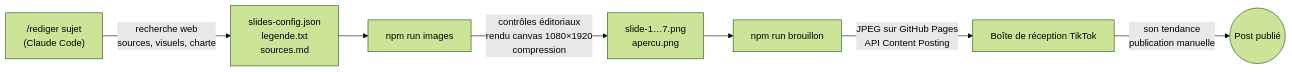
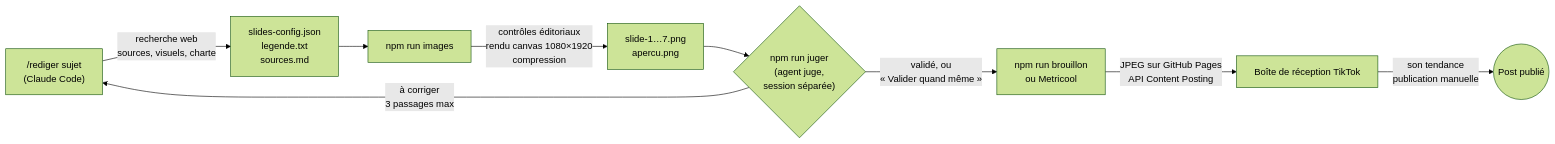
The diagram in README.md (ninondeque-arch/decrypte-marketing), drawn with Mermaid (forest theme) before and after one commit. The commit also changed other lines of this file and 19 other files, not shown here.

First line of the commit message:
Agent juge : relecture indépendante de chaque carrousel

````diff
--- a/README.md
+++ b/README.md
@@ -30,9 +30,11 @@
 ```mermaid
 flowchart LR
   A["/rediger sujet<br/>(Claude Code)"] -->|recherche web<br/>sources, visuels, charte| B[slides-config.json<br/>legende.txt<br/>sources.md]
   B --> C["npm run images"]
   C -->|contrôles éditoriaux<br/>rendu canvas 1080×1920<br/>compression| D[slide-1…7.png<br/>apercu.png]
-  D --> E["npm run brouillon"]
+  D --> J{"npm run juger<br/>(agent juge,<br/>session séparée)"}
+  J -->|à corriger<br/>3 passages max| A
+  J -->|validé, ou<br/>« Valider quand même »| E["npm run brouillon<br/>ou Metricool"]
   E -->|JPEG sur GitHub Pages<br/>API Content Posting| F[Boîte de réception TikTok]
   F -->|son tendance<br/>publication manuelle| G((Post publié))
 ```
````
